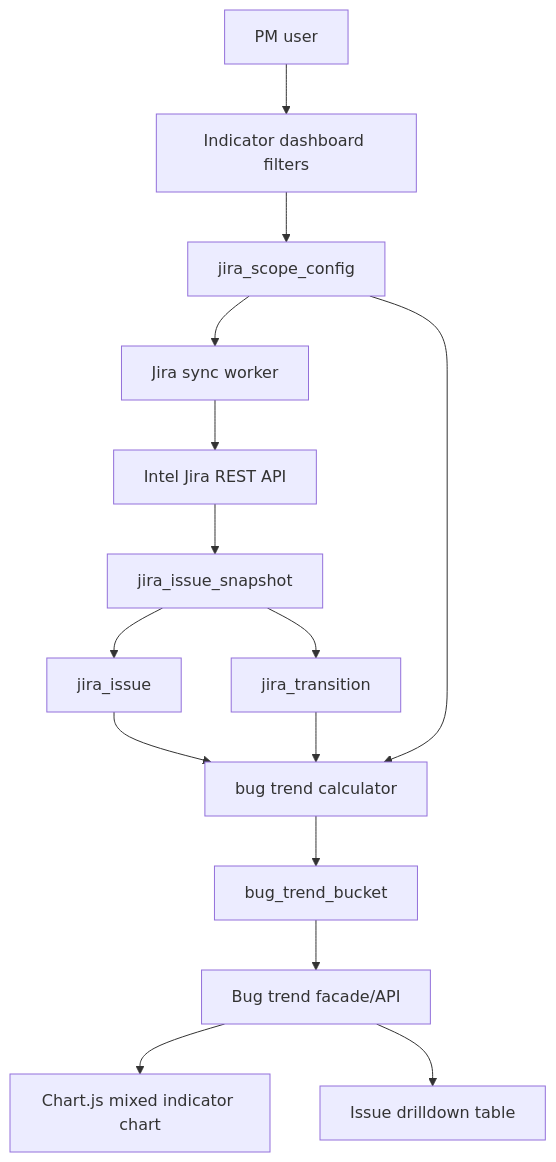
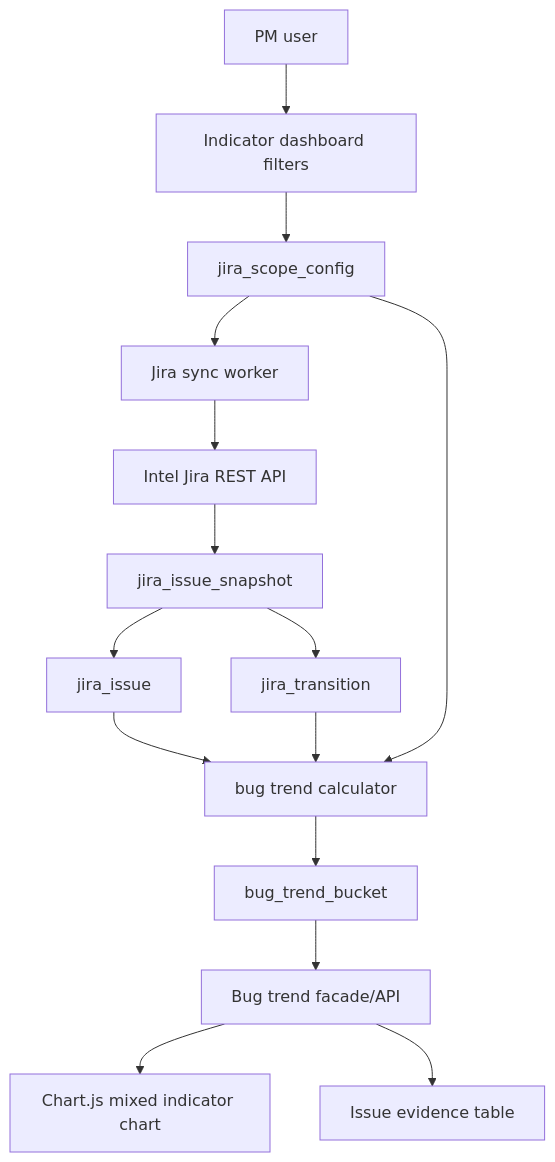
The first of 3 diagrams in docs/mvp-bug-trend-architecture-spec.md (lsheng2/metrics), drawn with Mermaid before and after one commit. The commit also changed other lines of this file and 25 other files, not shown here.

Commit message:
Add real Jira bug trend evidence flow

````diff
--- a/docs/mvp-bug-trend-architecture-spec.md
+++ b/docs/mvp-bug-trend-architecture-spec.md
@@ -312,17 +312,17 @@
 ```mermaid
 flowchart TD
     User["PM user"] --> UI["Indicator dashboard filters"]
     UI --> Scope["jira_scope_config"]
     Scope --> Sync["Jira sync worker"]
     Sync --> Jira["Intel Jira REST API"]
     Jira --> Raw["jira_issue_snapshot"]
     Raw --> Issue["jira_issue"]
     Raw --> Transition["jira_transition"]
     Issue --> Calc["bug trend calculator"]
     Transition --> Calc
     Scope --> Calc
     Calc --> Daily["bug_trend_bucket"]
     Daily --> Api["Bug trend facade/API"]
     Api --> Chart["Chart.js mixed indicator chart"]
-    Api --> Drilldown["Issue drilldown table"]
+    Api --> Evidence["Issue evidence table"]
 ```
````
